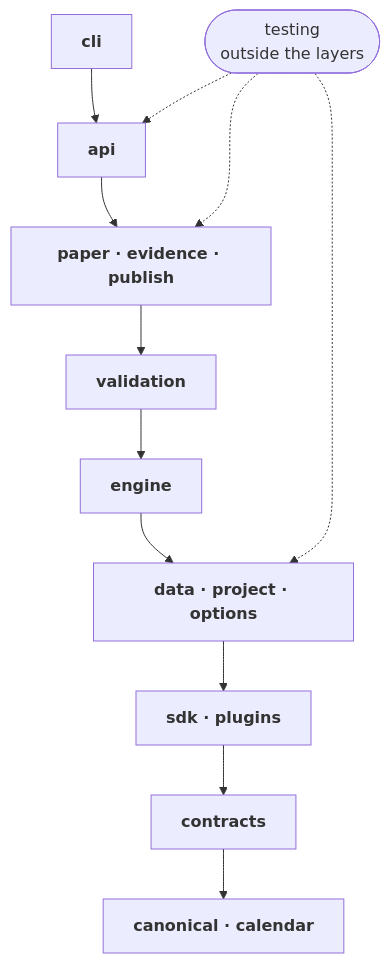
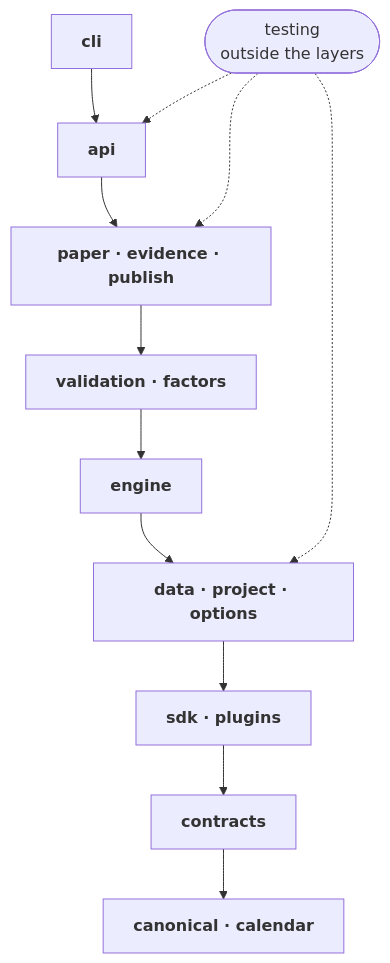
Before and after one commit to specsignal-labs/signalquarry: the fifth of 6 diagrams in docs/design/ARCHITECTURE.md, drawn with Mermaid. The commit also changed other lines of this file and 9 other files, not shown here.

````diff
--- a/docs/design/ARCHITECTURE.md
+++ b/docs/design/ARCHITECTURE.md
@@ -390,24 +390,24 @@
 ```mermaid
 flowchart TB
   L0["<b>cli</b>"]
   L1["<b>api</b>"]
   L0 --> L1
   L2["<b>paper · evidence · publish</b>"]
   L1 --> L2
-  L3["<b>validation</b>"]
+  L3["<b>validation · factors</b>"]
   L2 --> L3
   L4["<b>engine</b>"]
   L3 --> L4
   L5["<b>data · project · options</b>"]
   L4 --> L5
   L6["<b>sdk · plugins</b>"]
   L5 --> L6
   L7["<b>contracts</b>"]
   L6 --> L7
   L8["<b>canonical · calendar</b>"]
   L7 --> L8
   testing(["testing<br/>outside the layers"])
   testing -.-> L1
   testing -.-> L2
   testing -.-> L5
 ```
````
